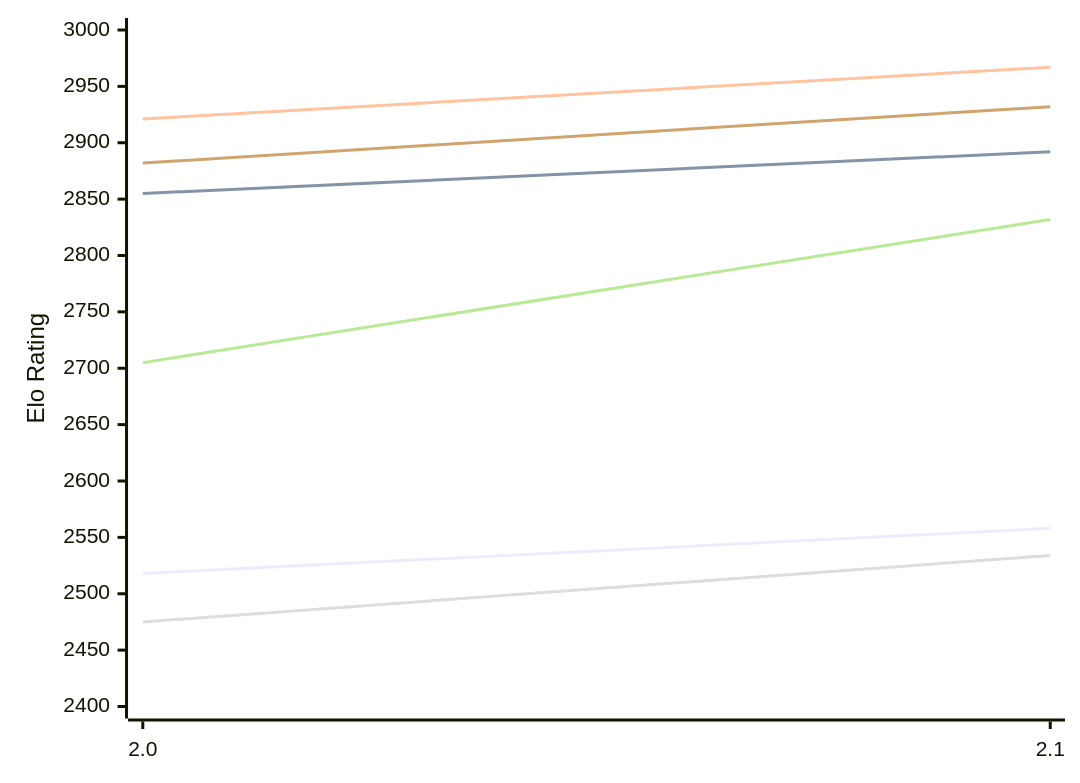
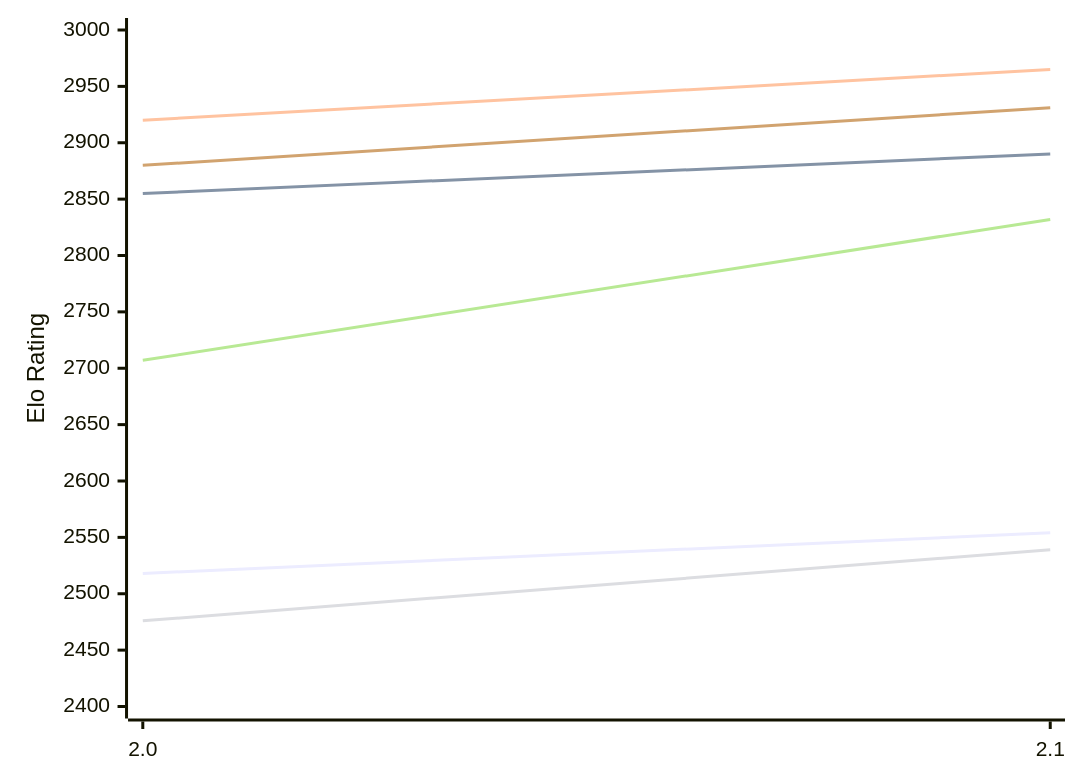
The first of 2 diagrams in engines/Noggin.md (computer-chess-index/cci), drawn with Mermaid before and after one commit. The commit also changed other lines of this file, not shown here.

Commit message:
Update CCI Ratings (ELO VLTC) - 2026-11-19

````diff
--- a/engines/Noggin.md
+++ b/engines/Noggin.md
@@ -50,12 +50,12 @@
 ```mermaid
 %%{init: {"theme":"base","themeVariables":{"seriesColors:['#a3a3a3','#222221','#faa371']}}}%%
 xychart-beta
   x-axis ["2.0", "2.1"]
   y-axis "Elo Rating" 2400 --> 3000
-  line "E1: STC (8.0+0.08s)" [2518, 2558]
-  line "E1: LTC (60.0+0.60s)" [2855, 2892]
-  line "E1: VLTC (2m24s+1.12s)" [2921, 2967]
-  line "P1: STC (8.0+0.08s)" [2475, 2534]
-  line "P1: LTC (60.0+0.60s)" [2705, 2832]
-  line "P1: VLTC (2m24s+1.12s)" [2882, 2932]
+  line "E1: STC (8.0+0.08s)" [2518, 2554]
+  line "E1: LTC (60.0+0.60s)" [2855, 2890]
+  line "E1: VLTC (2m24s+1.12s)" [2920, 2965]
+  line "P1: STC (8.0+0.08s)" [2476, 2539]
+  line "P1: LTC (60.0+0.60s)" [2707, 2832]
+  line "P1: VLTC (2m24s+1.12s)" [2880, 2931]
 ```
````
